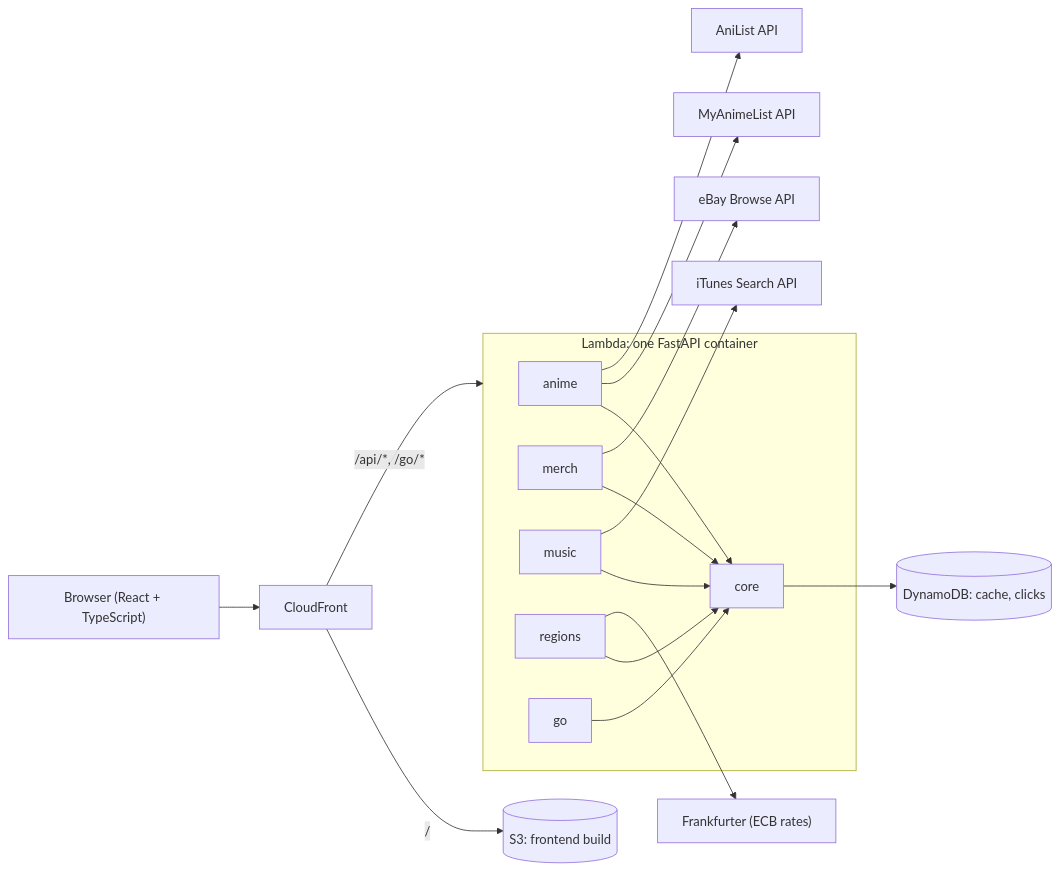
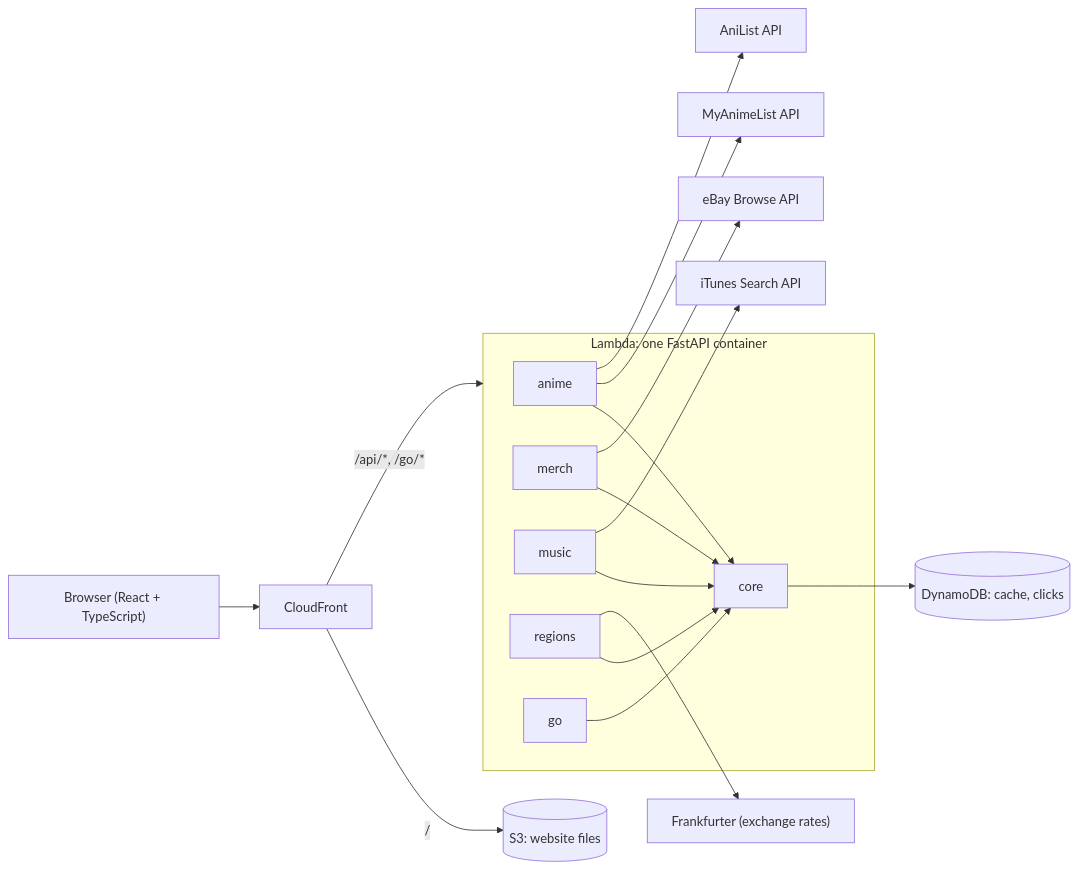
One commit to Runus01/OshiLoot changed the diagram in README.md. Above: the diagram before and after it, drawn with Mermaid. The commit also changed other lines of this file, not shown here.

````diff
--- a/README.md
+++ b/README.md
@@ -36,19 +261,19 @@
 ```mermaid
 flowchart LR
   B["Browser (React + TypeScript)"] --> CF[CloudFront]
-  CF -- "/" --> S3[("S3: frontend build")]
+  CF -- "/" --> S3[("S3: website files")]
   CF -- "/api/*, /go/*" --> APP
   subgraph APP ["Lambda: one FastAPI container"]
     A[anime] --> C[core]
     M[merch] --> C
     U[music] --> C
     R[regions] --> C
     G[go] --> C
   end
   A --> MAL[MyAnimeList API]
   A --> AL[AniList API]
   M --> E[eBay Browse API]
   U --> IT[iTunes Search API]
-  R --> F["Frankfurter (ECB rates)"]
+  R --> F["Frankfurter (exchange rates)"]
   C --> D[("DynamoDB: cache, clicks")]
 ```
````
